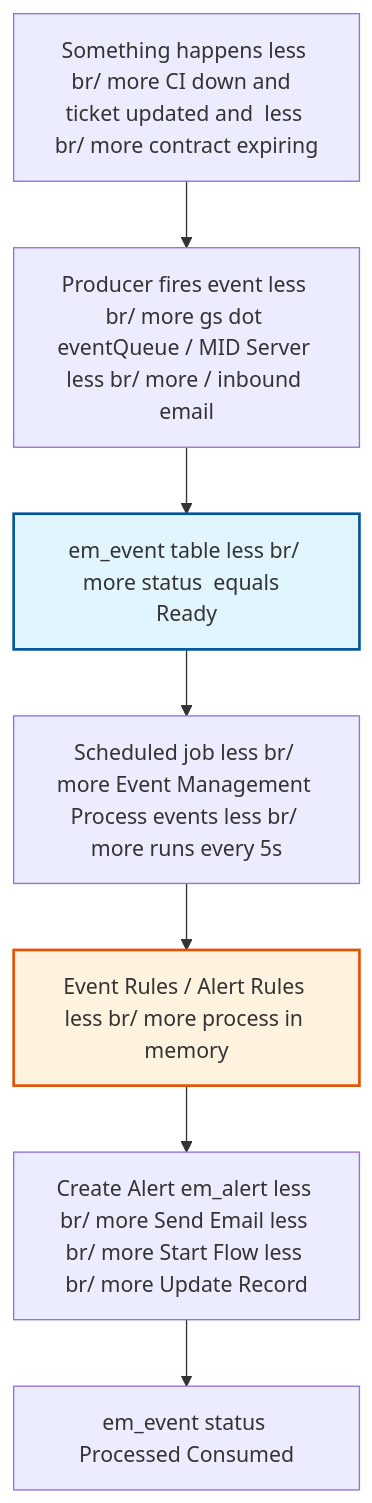
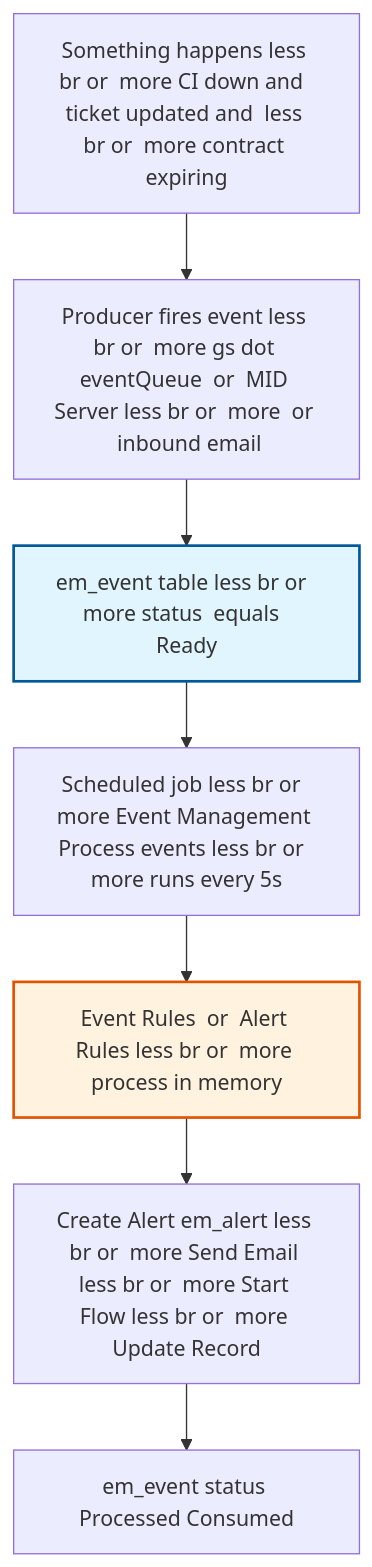
Before and after one commit to eltonaguiar/ServiceNow_Learning_TSOM-_CSM_FSM_SalesCRM_HAM_ITSM: the diagram in docs/modules/events/events-guide.md, drawn with Mermaid. The commit also changed 19 other files, not shown here.

First line of the commit message:
Fix Mermaid diagram syntax errors - replace problematic chars in text content only

````diff
--- a/docs/modules/events/events-guide.md
+++ b/docs/modules/events/events-guide.md
@@ -333,11 +333,11 @@
 ```mermaid
 graph TD
-    A[Something happens less br/ more CI down and  ticket updated and  less br/ more contract expiring] --> B[Producer fires event less br/ more gs dot eventQueue / MID Server less br/ more / inbound email]
-    B --> C[em_event table less br/ more status  equals  Ready]
-    C --> D[Scheduled job less br/ more Event Management Process events less br/ more runs every 5s]
-    D --> E[Event Rules / Alert Rules less br/ more process in memory]
-    E --> F[Create Alert em_alert less br/ more Send Email less br/ more Start Flow less br/ more Update Record]
+    A[Something happens less br or  more CI down and  ticket updated and  less br or  more contract expiring] --> B[Producer fires event less br or  more gs dot eventQueue  or  MID Server less br or  more  or  inbound email]
+    B --> C[em_event table less br or  more status  equals  Ready]
+    C --> D[Scheduled job less br or  more Event Management Process events less br or  more runs every 5s]
+    D --> E[Event Rules  or  Alert Rules less br or  more process in memory]
+    E --> F[Create Alert em_alert less br or  more Send Email less br or  more Start Flow less br or  more Update Record]
     F --> G[em_event status Processed Consumed]
     style C fill:#e1f5fe,stroke:#01579b,stroke-width:2px
     style E fill:#fff3e0,stroke:#e65100,stroke-width:2px
 ```
````
